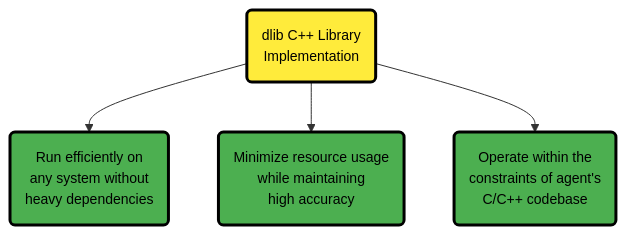
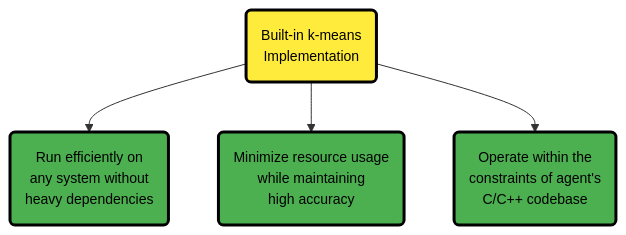
The first of 3 diagrams in src/ml/ml-configuration.md (netdata/netdata), drawn with Mermaid before and after one commit. The commit also changed other lines of this file and 26 other files, not shown here.

First line of the commit message:
ml: replace dlib with an in-tree k-means (#24767)

````diff
--- a/src/ml/ml-configuration.md
+++ b/src/ml/ml-configuration.md
@@ -20,22 +20,22 @@
 ```mermaid
 flowchart TD
-    Dlib("dlib C++ Library<br/>Implementation")
+    KMeans("Built-in k-means<br/>Implementation")
     
     Efficiency("Run efficiently on<br/>any system without<br/>heavy dependencies")
     Resources("Minimize resource usage<br/>while maintaining<br/>high accuracy")
     Codebase("Operate within the<br/>constraints of agent's<br/>C/C++ codebase")
     
-    Dlib --> Efficiency
-    Dlib --> Resources
-    Dlib --> Codebase
+    KMeans --> Efficiency
+    KMeans --> Resources
+    KMeans --> Codebase
     
     %% Style definitions
     classDef alert fill:#ffeb3b,stroke:#000000,stroke-width:3px,color:#000000,font-size:14px
     classDef neutral fill:#f9f9f9,stroke:#000000,stroke-width:3px,color:#000000,font-size:14px
     classDef complete fill:#4caf50,stroke:#000000,stroke-width:3px,color:#000000,font-size:14px
     classDef database fill:#2196F3,stroke:#000000,stroke-width:3px,color:#000000,font-size:14px
 
     %% Apply styles
-    class Dlib alert
+    class KMeans alert
     class Efficiency,Resources,Codebase complete
 ```
````
